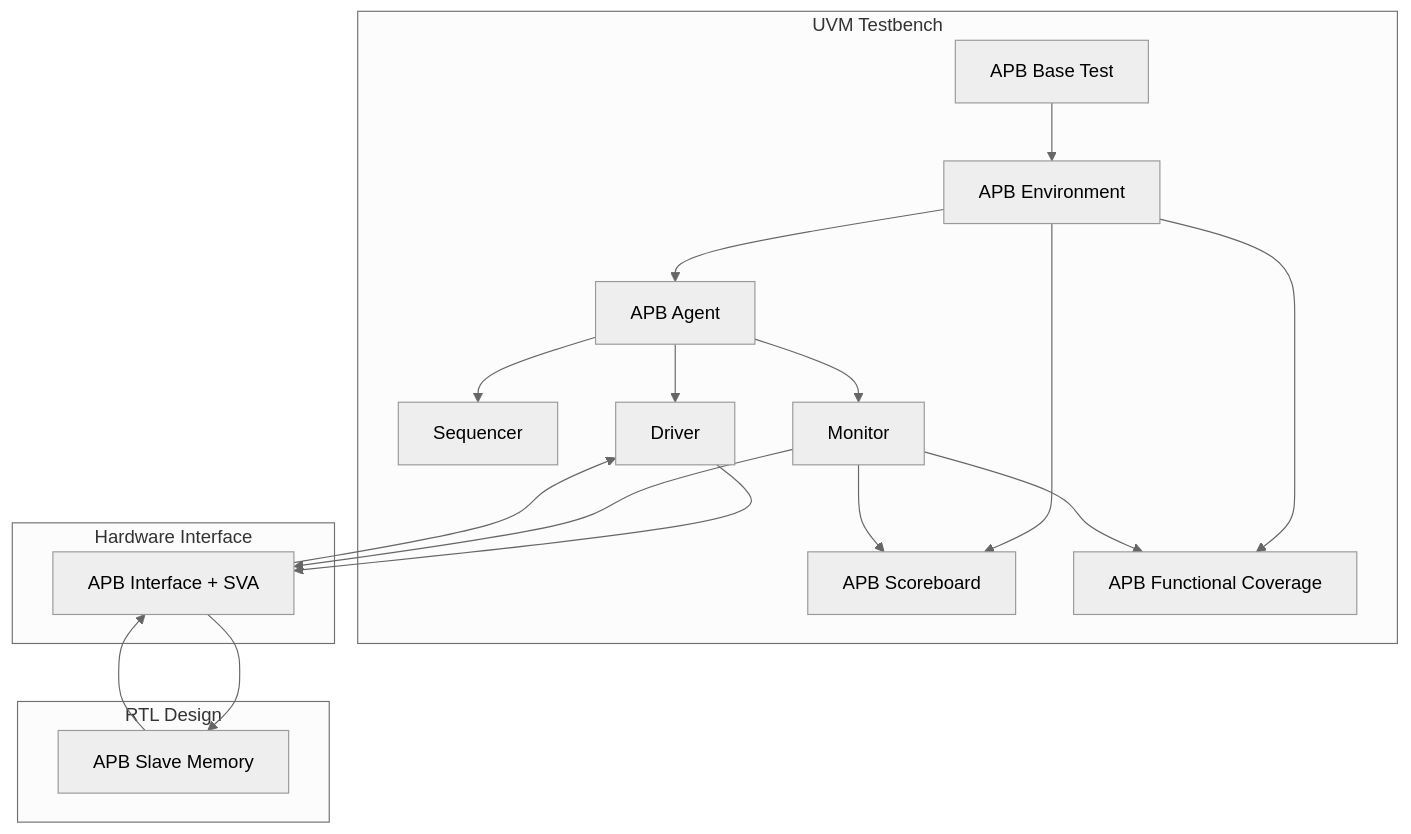
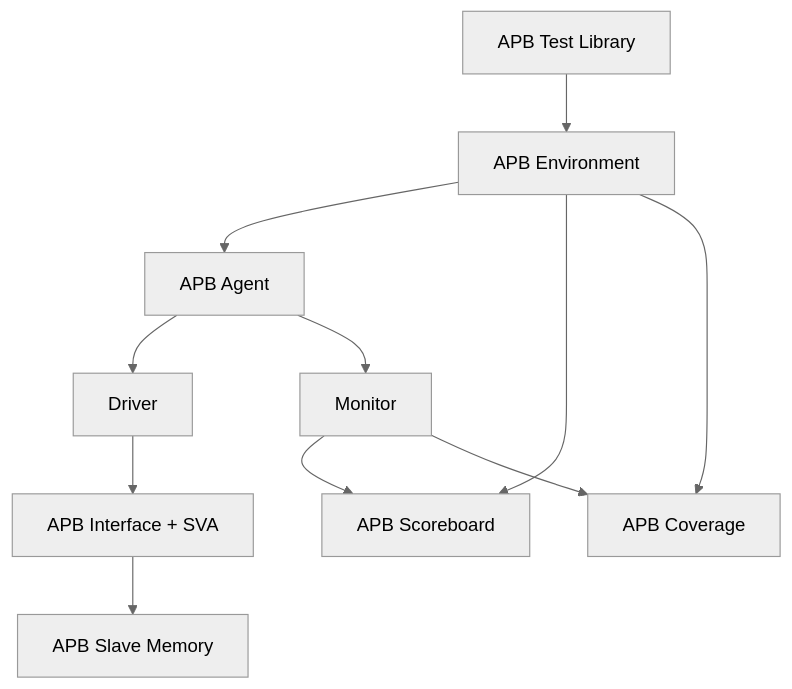
One commit to duytan1412/AMBA_APB_UVM changed the diagram in README.md. Above: the diagram before and after it, drawn with Mermaid (neutral theme). The commit also changed other lines of this file and 11 other files, not shown here.

Commit message:
portfolio: align APB UVM evidence

````diff
--- a/README.md
+++ b/README.md
@@ -25,30 +61,13 @@
 ```mermaid
 graph TD
-    subgraph TB ["UVM Testbench"]
-        Test["APB Base Test"] --> Env["APB Environment"]
-        Env --> Agent["APB Agent"]
-        Env --> SB["APB Scoreboard"]
-        Env --> Cov["APB Functional Coverage"]
-
-        Agent --> SQr["Sequencer"]
-        Agent --> Drv["Driver"]
-        Agent --> Mon["Monitor"]
-
-        Mon --> SB
-        Mon --> Cov
-    end
-
-    subgraph HI ["Hardware Interface"]
-        IF["APB Interface + SVA"]
-    end
-
-    subgraph RTL ["RTL Design"]
-        DUT["APB Slave Memory"]
-    end
-
-    Drv --> IF
-    IF --> Drv
-    Mon --> IF
-    IF --> DUT
-    DUT --> IF
+    Test[APB Test Library] --> Env[APB Environment]
+    Env --> Agent[APB Agent]
+    Env --> SB[APB Scoreboard]
+    Env --> Cov[APB Coverage]
+    Agent --> Drv[Driver]
+    Agent --> Mon[Monitor]
+    Mon --> SB
+    Mon --> Cov
+    Drv --> IF[APB Interface + SVA]
+    IF --> DUT[APB Slave Memory]
 ```
````
